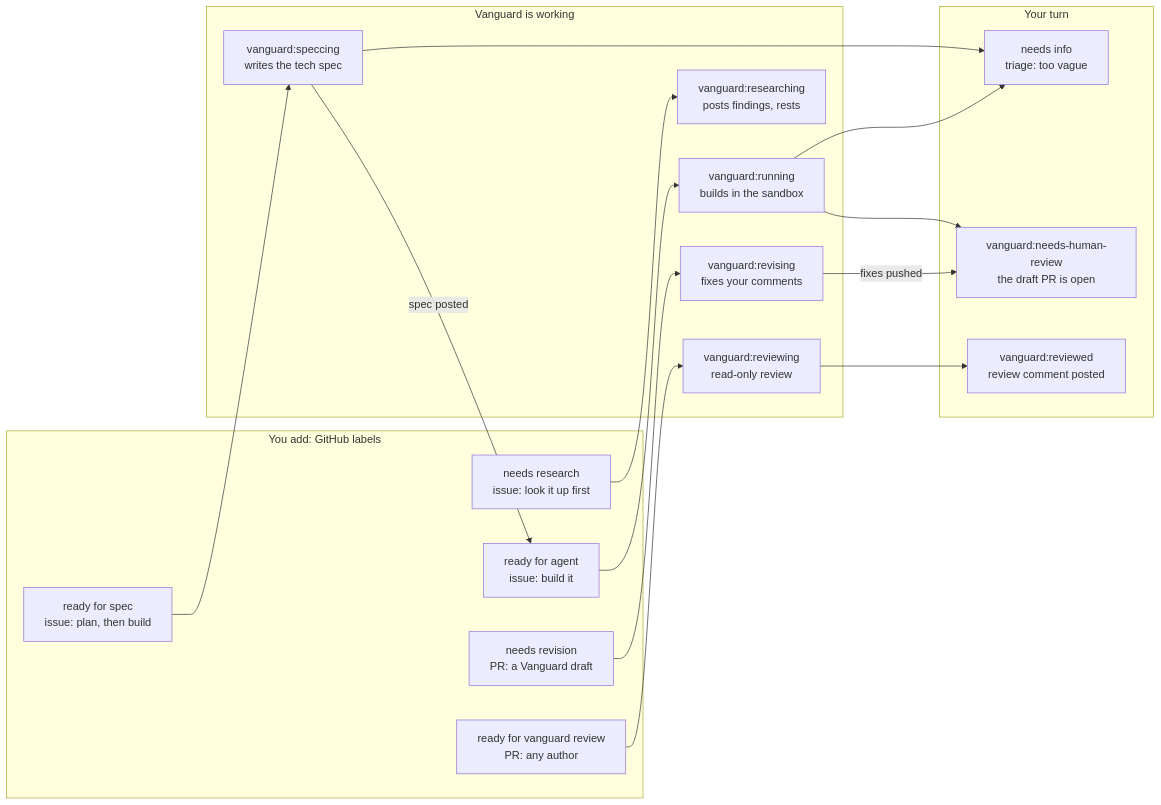
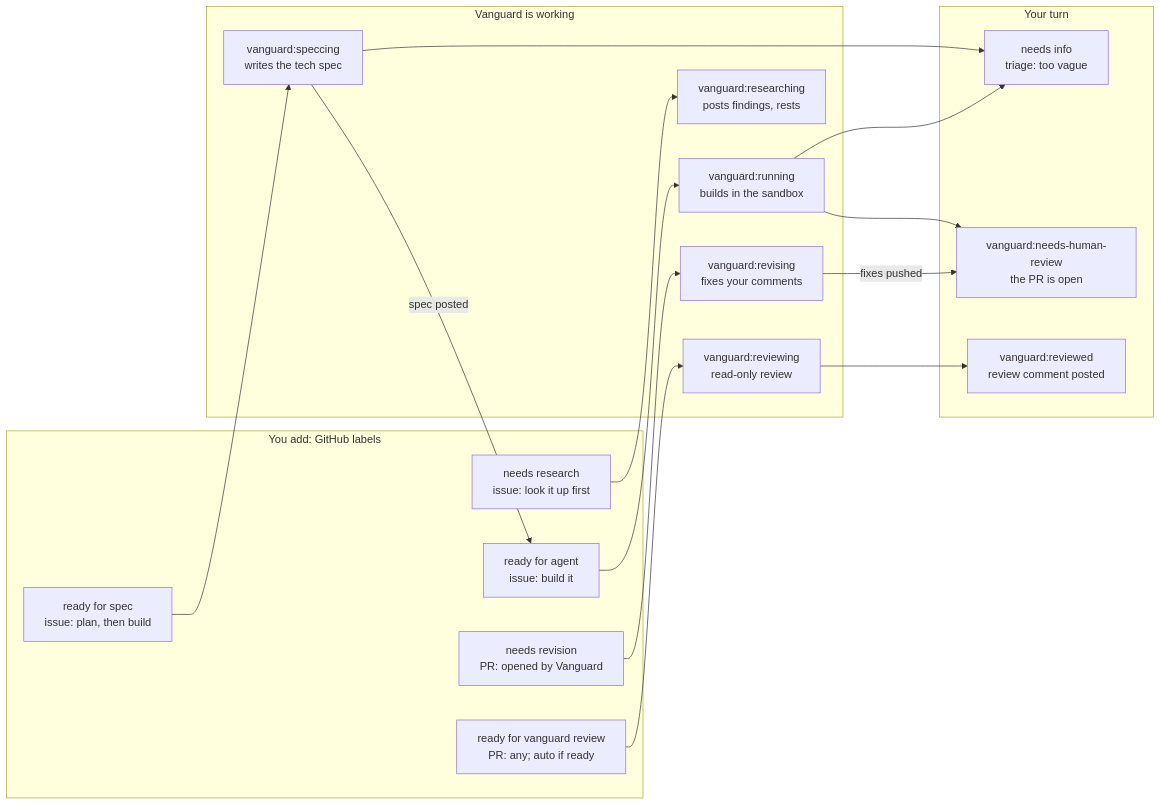
Before and after one commit to SebaBoler/vanguard: the diagram in docs/diagrams/labels.mmd, drawn with Mermaid. The commit also changed 16 other files, not shown here.

Commit message:
docs: diagrams show ready PRs and the automatic review (#551)

```diff
--- a/docs/diagrams/labels.mmd
+++ b/docs/diagrams/labels.mmd
@@ -1,32 +1,32 @@
 %% Routing labels: the topology behind labels-light.svg / labels-dark.svg (README "Routing labels — full set").
 %% Change it here first, mirror it in labels.archify.json, then re-render with archify (github.com/tt-a1i/archify):
 %%   node archify/bin/archify.mjs deliver architecture docs/diagrams/labels.archify.json <out>.html --quality showcase
 %% Open <out>.html → Export → SVG, then: docs/diagrams/split-theme.sh <export>.svg labels
 flowchart LR
   subgraph you[You add: GitHub labels]
     research["needs research<br/>issue: look it up first"]
     spec["ready for spec<br/>issue: plan, then build"]
     agent["ready for agent<br/>issue: build it"]
-    revision["needs revision<br/>PR: a Vanguard draft"]
-    vreview["ready for vanguard review<br/>PR: any author"]
+    revision["needs revision<br/>PR: opened by Vanguard"]
+    vreview["ready for vanguard review<br/>PR: any; auto if ready"]
   end
   subgraph working[Vanguard is working]
     researching["vanguard:researching<br/>posts findings, rests"]
     speccing["vanguard:speccing<br/>writes the tech spec"]
     running["vanguard:running<br/>builds in the sandbox"]
     revising["vanguard:revising<br/>fixes your comments"]
     reviewing["vanguard:reviewing<br/>read-only review"]
   end
   subgraph turn[Your turn]
     info["needs info<br/>triage: too vague"]
-    humanreview["vanguard:needs-human-review<br/>the draft PR is open"]
+    humanreview["vanguard:needs-human-review<br/>the PR is open"]
     reviewed["vanguard:reviewed<br/>review comment posted"]
   end
 
   research --> researching
   spec --> speccing -->|spec posted| agent
   speccing --> info
   agent --> running --> humanreview
   running --> info
   revision --> revising -->|fixes pushed| humanreview
   vreview --> reviewing --> reviewed
```
